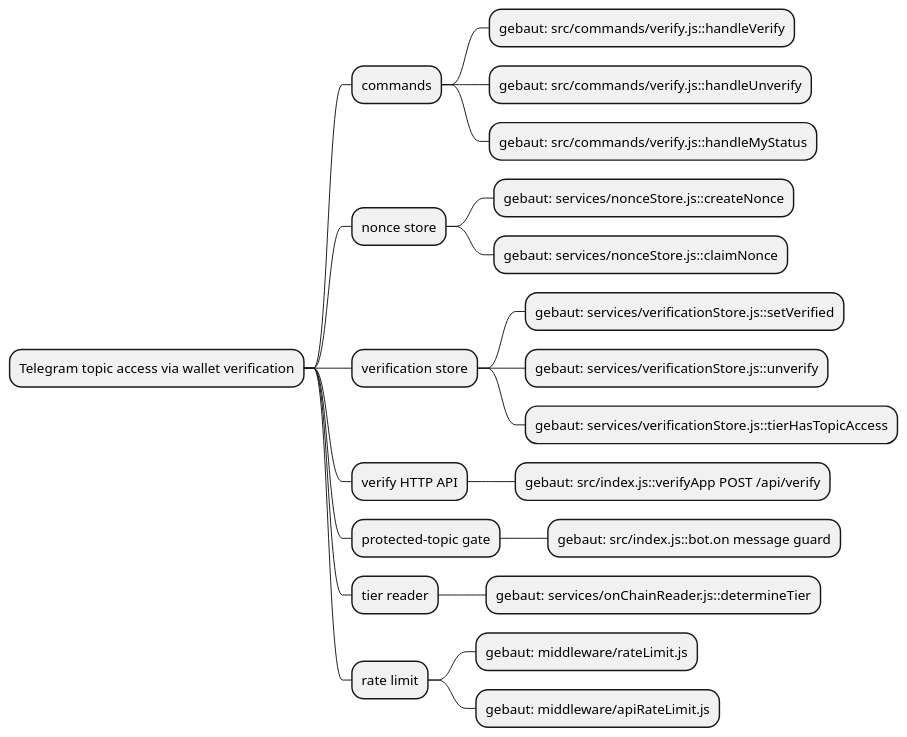
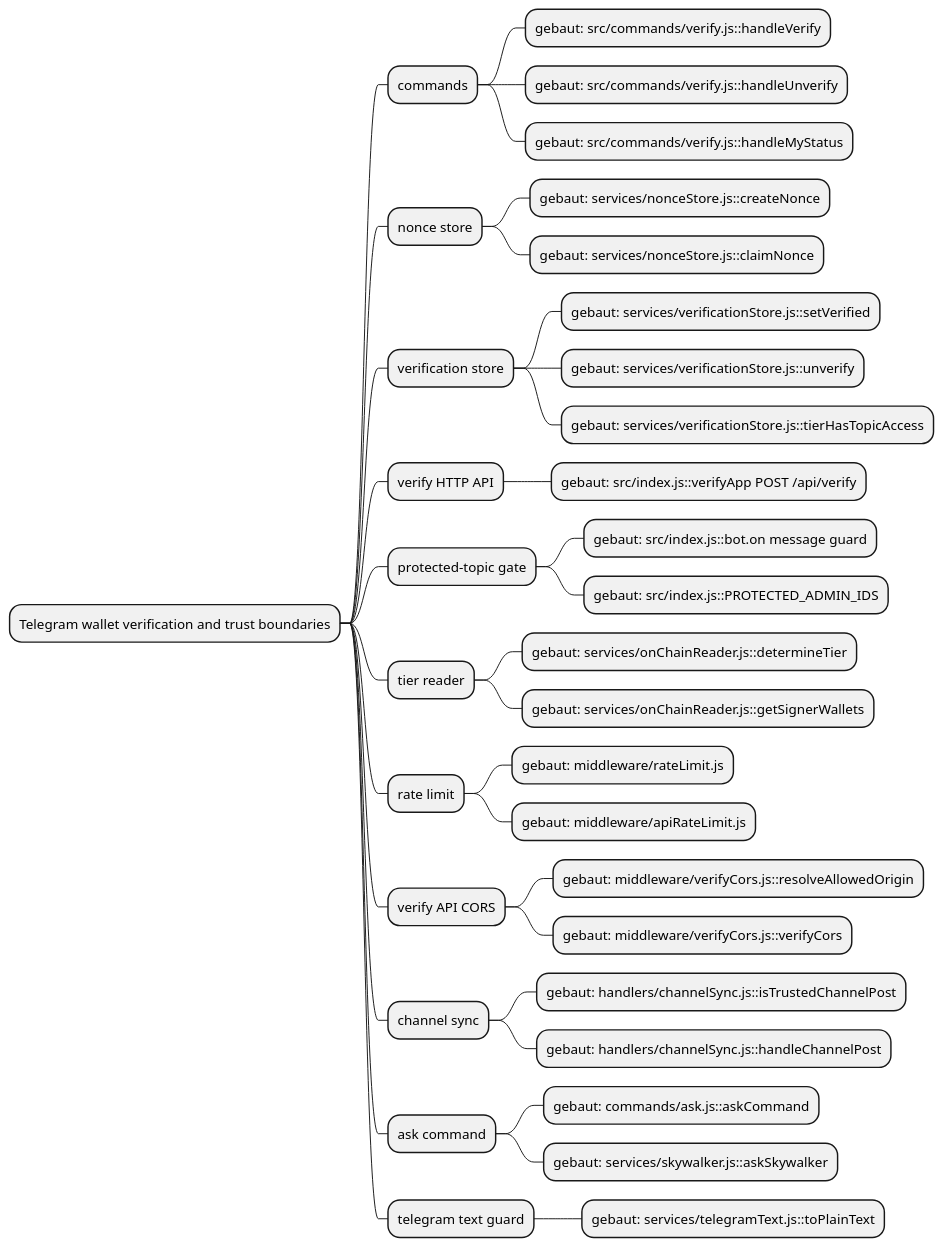
One commit to NeaBouli/inferno changed the first of 3 diagrams in docs/architecture/map.puml. Above: the diagram before and after it, drawn with PlantUML. The commit also changed other lines of this file and 16 other files, not shown here.

```diff
--- a/docs/architecture/map.puml
+++ b/docs/architecture/map.puml
@@ -1,23 +1,36 @@
 @startmindmap
-* Telegram topic access via wallet verification
+* Telegram wallet verification and trust boundaries
 ** commands
 *** gebaut: src/commands/verify.js::handleVerify
 *** gebaut: src/commands/verify.js::handleUnverify
 *** gebaut: src/commands/verify.js::handleMyStatus
 ** nonce store
 *** gebaut: services/nonceStore.js::createNonce
 *** gebaut: services/nonceStore.js::claimNonce
 ** verification store
 *** gebaut: services/verificationStore.js::setVerified
 *** gebaut: services/verificationStore.js::unverify
 *** gebaut: services/verificationStore.js::tierHasTopicAccess
 ** verify HTTP API
 *** gebaut: src/index.js::verifyApp POST /api/verify
 ** protected-topic gate
 *** gebaut: src/index.js::bot.on message guard
+*** gebaut: src/index.js::PROTECTED_ADMIN_IDS
 ** tier reader
 *** gebaut: services/onChainReader.js::determineTier
+*** gebaut: services/onChainReader.js::getSignerWallets
 ** rate limit
 *** gebaut: middleware/rateLimit.js
 *** gebaut: middleware/apiRateLimit.js
+** verify API CORS
+*** gebaut: middleware/verifyCors.js::resolveAllowedOrigin
+*** gebaut: middleware/verifyCors.js::verifyCors
+** channel sync
+*** gebaut: handlers/channelSync.js::isTrustedChannelPost
+*** gebaut: handlers/channelSync.js::handleChannelPost
+** ask command
+*** gebaut: commands/ask.js::askCommand
+*** gebaut: services/skywalker.js::askSkywalker
+** telegram text guard
+*** gebaut: services/telegramText.js::toPlainText
 @endmindmap
```
